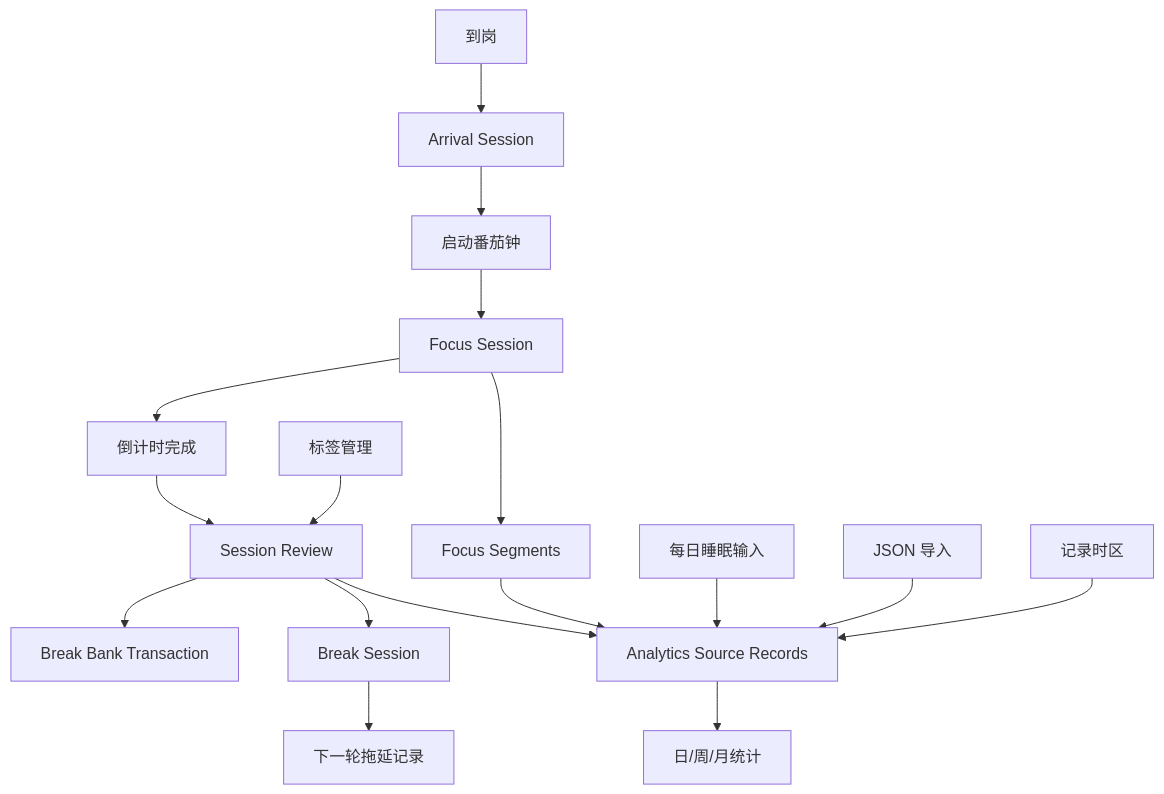
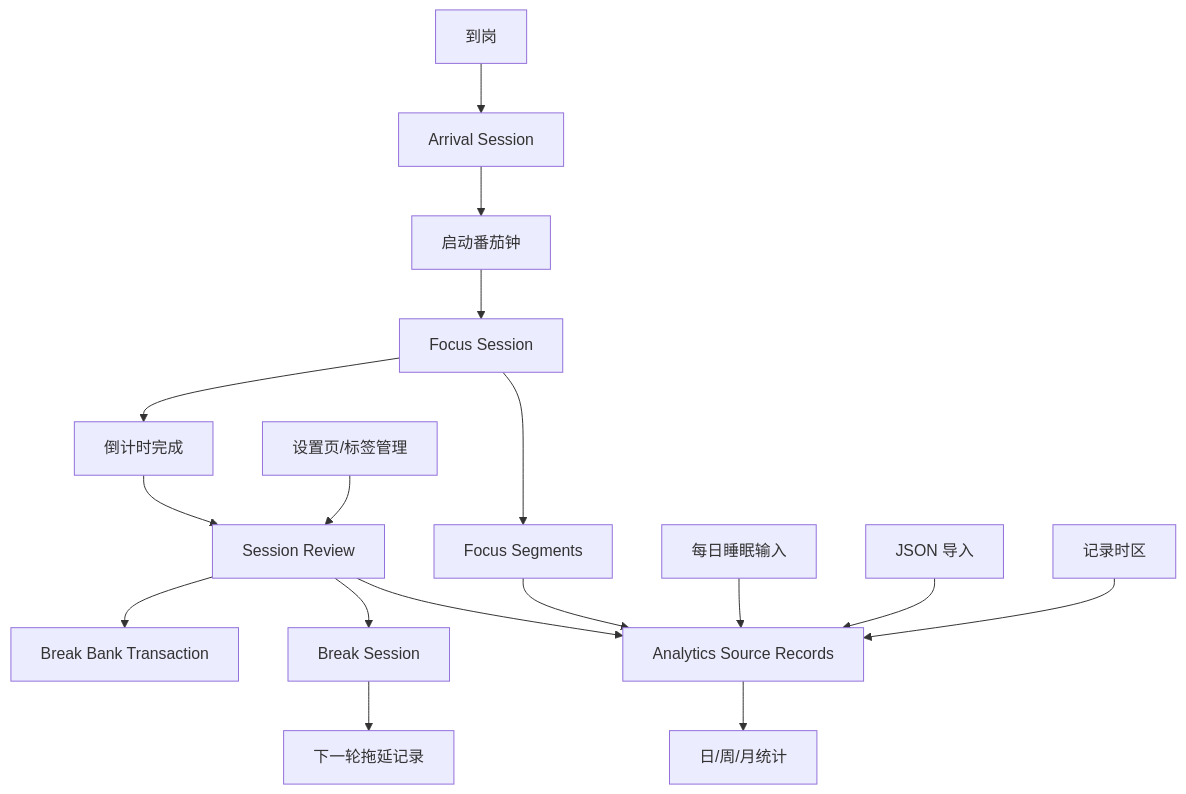
Before and after one commit to lapse-code/status-record: the diagram in docs/module-map.md, drawn with Mermaid. The commit also changed other lines of this file and 13 other files, not shown here.

````diff
--- a/docs/module-map.md
+++ b/docs/module-map.md
@@ -73,19 +72,19 @@
 ```mermaid
 flowchart TD
   A["到岗"] --> B["Arrival Session"]
   B --> C["启动番茄钟"]
   C --> D["Focus Session"]
   D --> E["倒计时完成"]
   D --> S["Focus Segments"]
   S --> H
   E --> F["Session Review"]
   F --> G["Break Bank Transaction"]
   F --> L["Break Session"]
   L --> M["下一轮拖延记录"]
   F --> H["Analytics Source Records"]
   I["每日睡眠输入"] --> H
-  J["标签管理"] --> F
+  J["设置页/标签管理"] --> F
   N["JSON 导入"] --> H
   O["记录时区"] --> H
   H --> K["日/周/月统计"]
 ```
````
